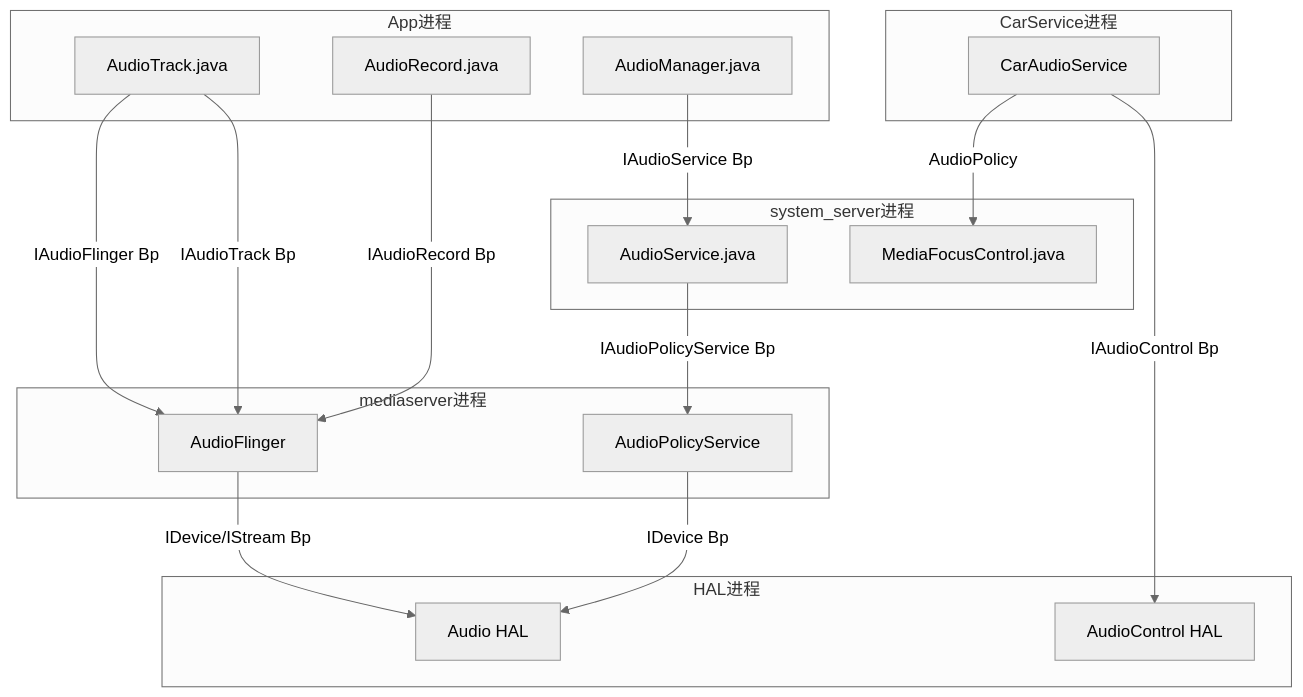
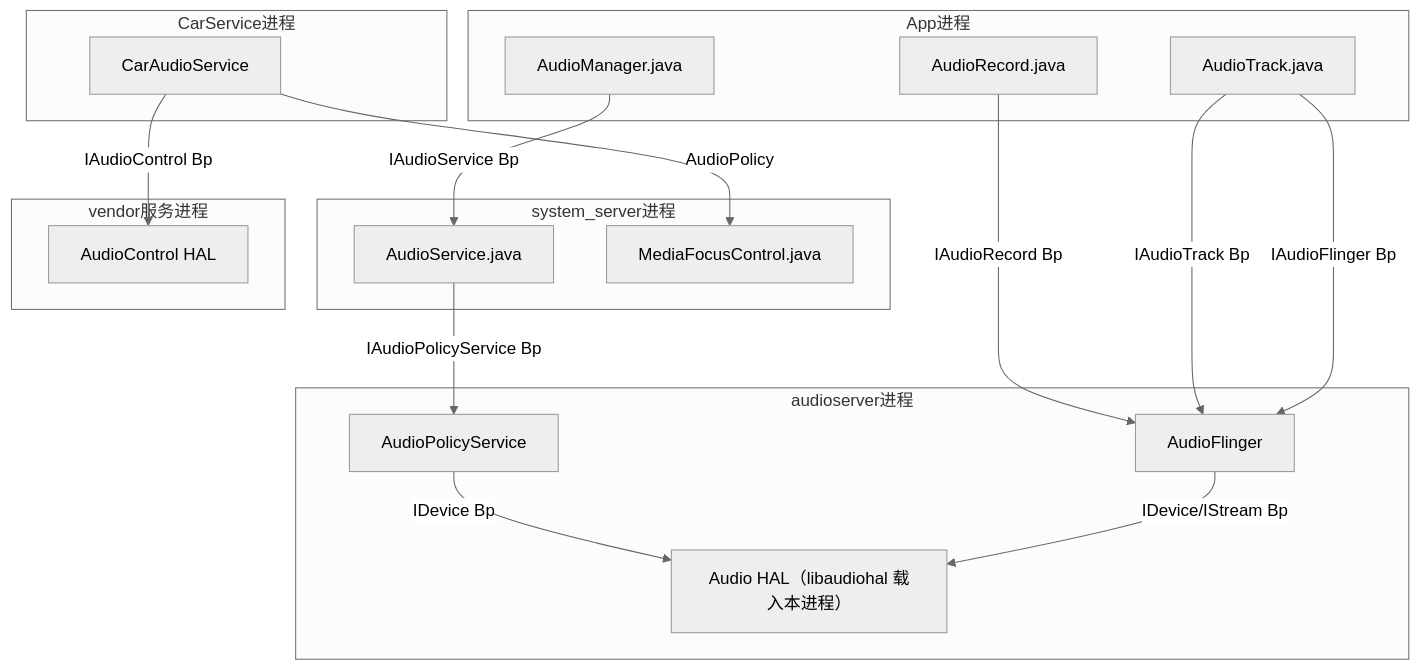
Before and after one commit to yanglinzhen1022/SA8295_AAOS_QNX_Audio_KnowledgeBase: the diagram in 01_Architecture_Overview/01_1.1_设计哲学.md, drawn with Mermaid (neutral theme). The commit also changed other lines of this file and 10 other files, not shown here.

````diff
--- a/01_Architecture_Overview/01_1.1_设计哲学.md
+++ b/01_Architecture_Overview/01_1.1_设计哲学.md
@@ -41,32 +41,32 @@
 ```mermaid
 graph TB
     subgraph App进程
         AT["AudioTrack.java"]
         AR["AudioRecord.java"]
         AM["AudioManager.java"]
     end
     subgraph system_server进程
         AS["AudioService.java"]
         MFC["MediaFocusControl.java"]
     end
-    subgraph mediaserver进程
+    subgraph audioserver进程
         AF["AudioFlinger"]
         APS["AudioPolicyService"]
+        AHAL["Audio HAL（libaudiohal 载入本进程）"]
     end
-    subgraph HAL进程
-        AHAL["Audio HAL"]
+    subgraph vendor服务进程
         ACHAL["AudioControl HAL"]
     end
     AT -->|"IAudioFlinger Bp"| AF
     AT -->|"IAudioTrack Bp"| AF
     AR -->|"IAudioRecord Bp"| AF
     AM -->|"IAudioService Bp"| AS
     AS -->|"IAudioPolicyService Bp"| APS
     AF -->|"IDevice/IStream Bp"| AHAL
     APS -->|"IDevice Bp"| AHAL
     subgraph CarService进程
         CAS["CarAudioService"]
     end
     CAS -->|"IAudioControl Bp"| ACHAL
     CAS -->|"AudioPolicy"| MFC
 ```
````
